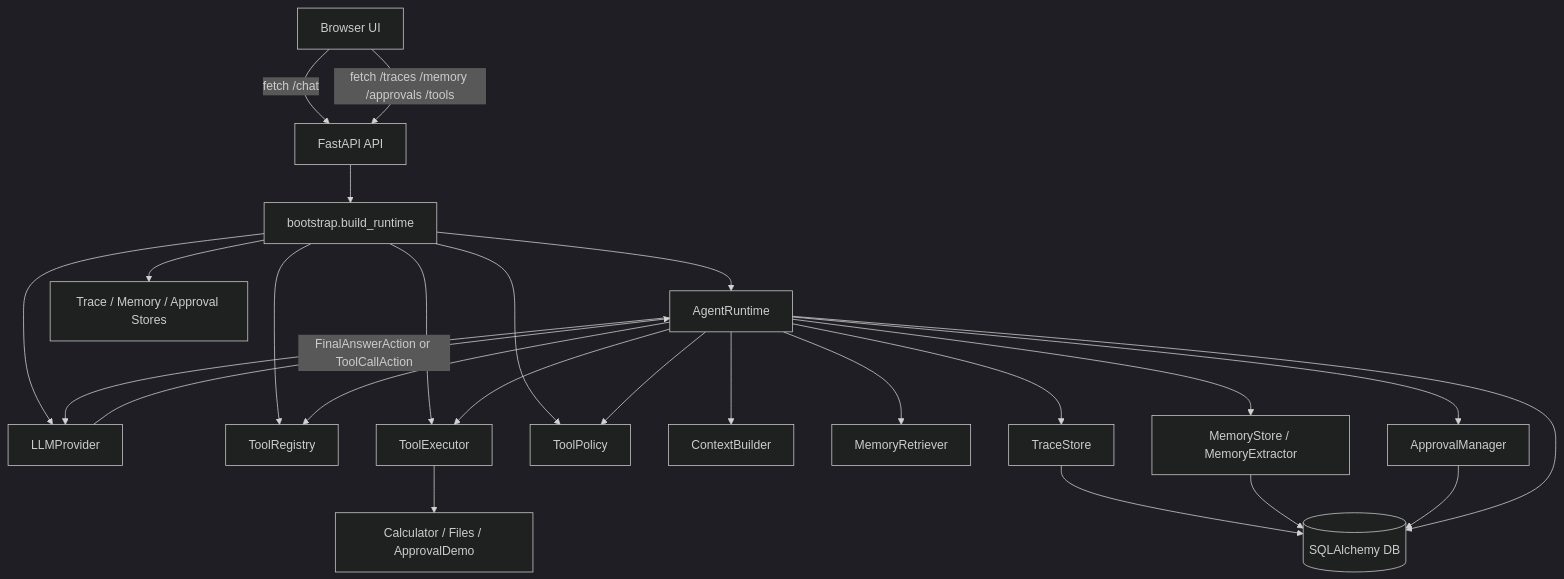
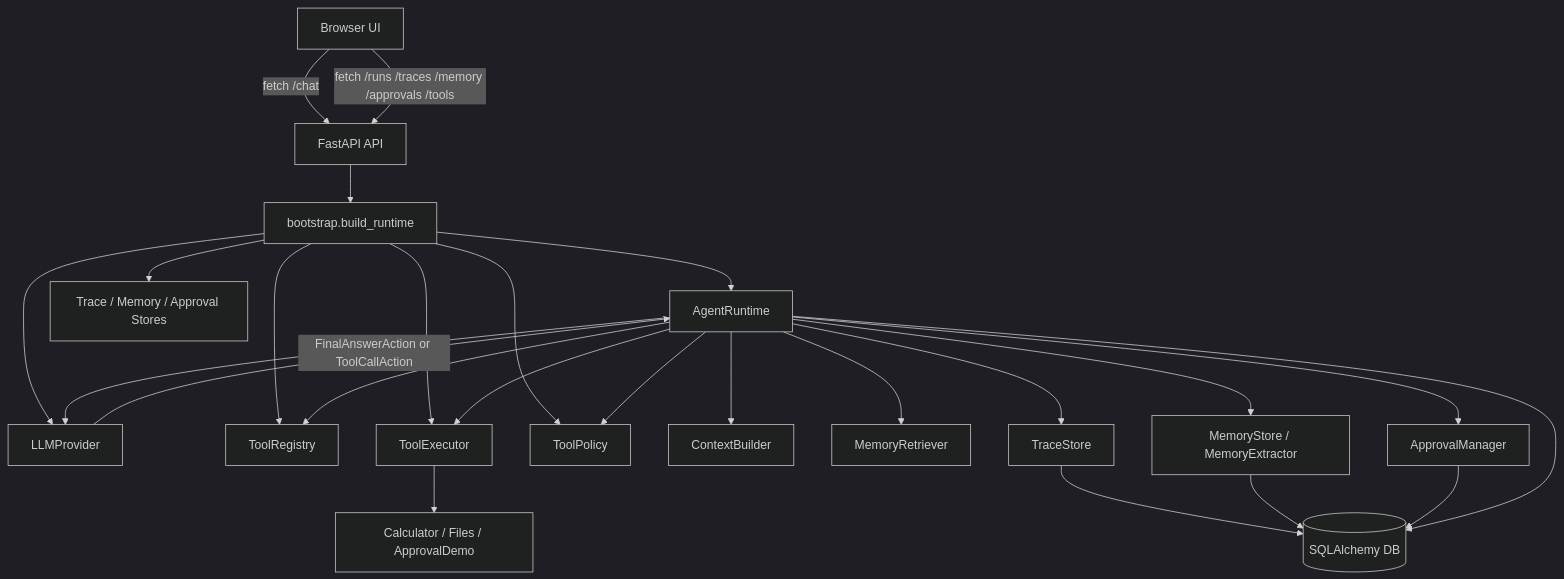
One commit to yaolei-code/Agent-Runtime-Lab- changed the first of 2 diagrams in PROJECT_GUIDE.md. Above: the diagram before and after it, drawn with Mermaid (dark theme). The commit also changed other lines of this file and 9 other files, not shown here.

````diff
--- a/PROJECT_GUIDE.md
+++ b/PROJECT_GUIDE.md
@@ -1309,32 +1313,32 @@
 ```mermaid
 flowchart TD
     Browser[Browser UI] -->|fetch /chat| API[FastAPI API]
-    Browser -->|fetch /traces /memory /approvals /tools| API
+    Browser -->|fetch /runs /traces /memory /approvals /tools| API
 
     API --> Bootstrap[bootstrap.build_runtime]
     Bootstrap --> Runtime[AgentRuntime]
     Bootstrap --> Provider[LLMProvider]
     Bootstrap --> Registry[ToolRegistry]
     Bootstrap --> Executor[ToolExecutor]
     Bootstrap --> Policy[ToolPolicy]
     Bootstrap --> Stores[Trace / Memory / Approval Stores]
 
     Runtime --> Context[ContextBuilder]
     Runtime --> Retriever[MemoryRetriever]
     Runtime --> Provider
     Provider -->|FinalAnswerAction or ToolCallAction| Runtime
 
     Runtime --> Registry
     Runtime --> Policy
     Runtime --> Executor
     Executor --> Tools[Calculator / Files / ApprovalDemo]
 
     Runtime --> Approval[ApprovalManager]
     Runtime --> Trace[TraceStore]
     Runtime --> Memory[MemoryStore / MemoryExtractor]
 
     Trace --> DB[(SQLAlchemy DB)]
     Memory --> DB
     Approval --> DB
     Runtime --> DB
 ```
````
